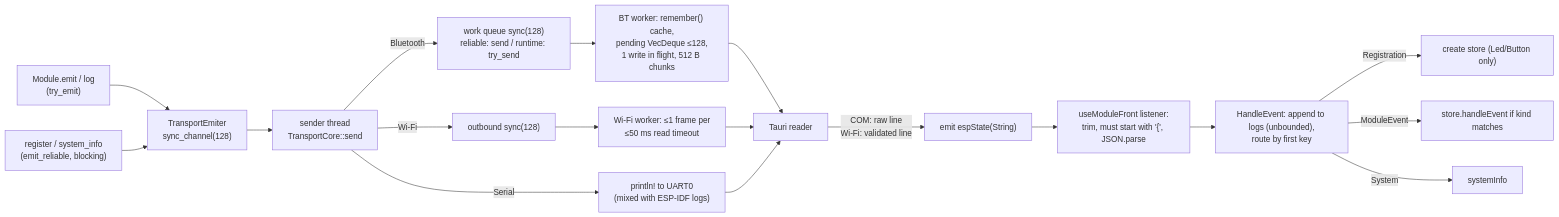
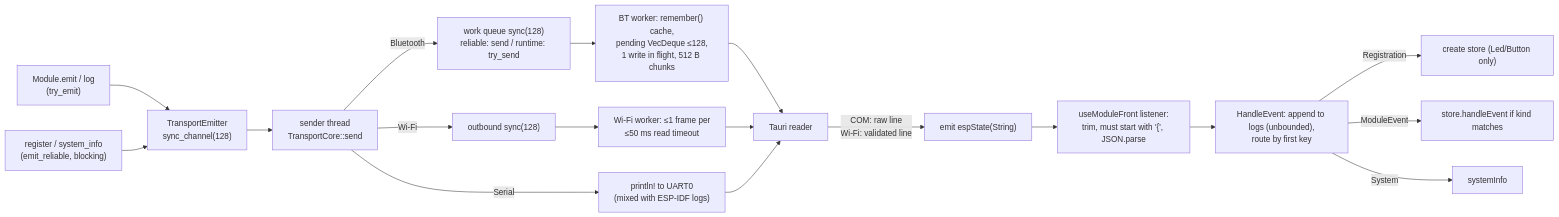
The second of 2 diagrams in docs/audits/architecture/communication-flow.md (Adeun-Ilemobola/Pinora_Templat), drawn with Mermaid before and after one commit. The commit also changed 12 other files, not shown here.

First line of the commit message:
docs(audit): post-Phase-0 reassessment and remediation roadmap

````diff
--- a/docs/audits/architecture/communication-flow.md
+++ b/docs/audits/architecture/communication-flow.md
@@ -55,17 +55,17 @@
 ```mermaid
 flowchart LR
-  M["Module.emit / log\n(try_emit)"] --> E["TransportEmiter\nsync_channel(128)"]
+  M["Module.emit / log\n(try_emit)"] --> E["TransportEmitter\nsync_channel(128)"]
   R["register / system_info\n(emit_reliable, blocking)"] --> E
   E --> ST["sender thread\nTransportCore::send"]
   ST -->|Bluetooth| BQ["work queue sync(128)\nreliable: send / runtime: try_send"]
   BQ --> BW["BT worker: remember() cache,\npending VecDeque ≤128,\n1 write in flight, 512 B chunks"]
   ST -->|Wi-Fi| WQ["outbound sync(128)"] --> WW["Wi-Fi worker: ≤1 frame per\n≤50 ms read timeout"]
   ST -->|Serial| P["println! to UART0\n(mixed with ESP-IDF logs)"]
   BW & WW & P --> D["Tauri reader"]
   D -->|"COM: raw line\nWi-Fi: validated line"| F["emit espState(String)"]
   F --> FE["useModuleFront listener:\ntrim, must start with '{', JSON.parse"]
   FE --> H["HandleEvent: append to logs (unbounded),\nroute by first key"]
   H -->|Registration| RG["create store (Led/Button only)"]
   H -->|ModuleEvent| ME["store.handleEvent if kind matches"]
   H -->|System| SY["systemInfo"]
 ```
````
